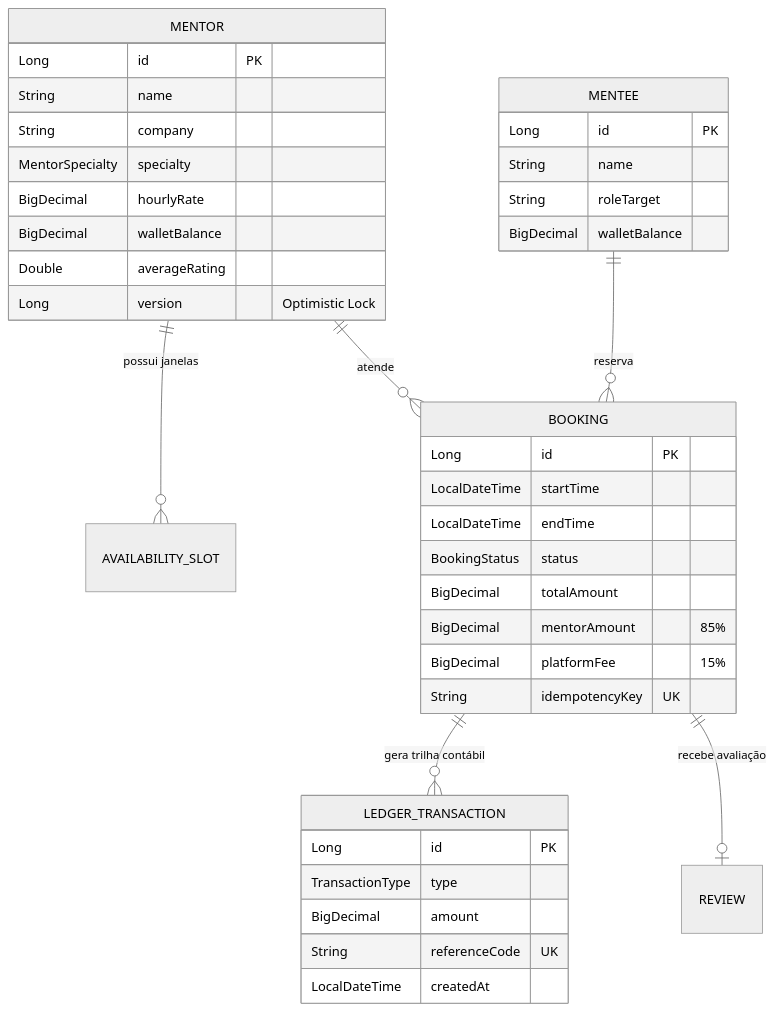
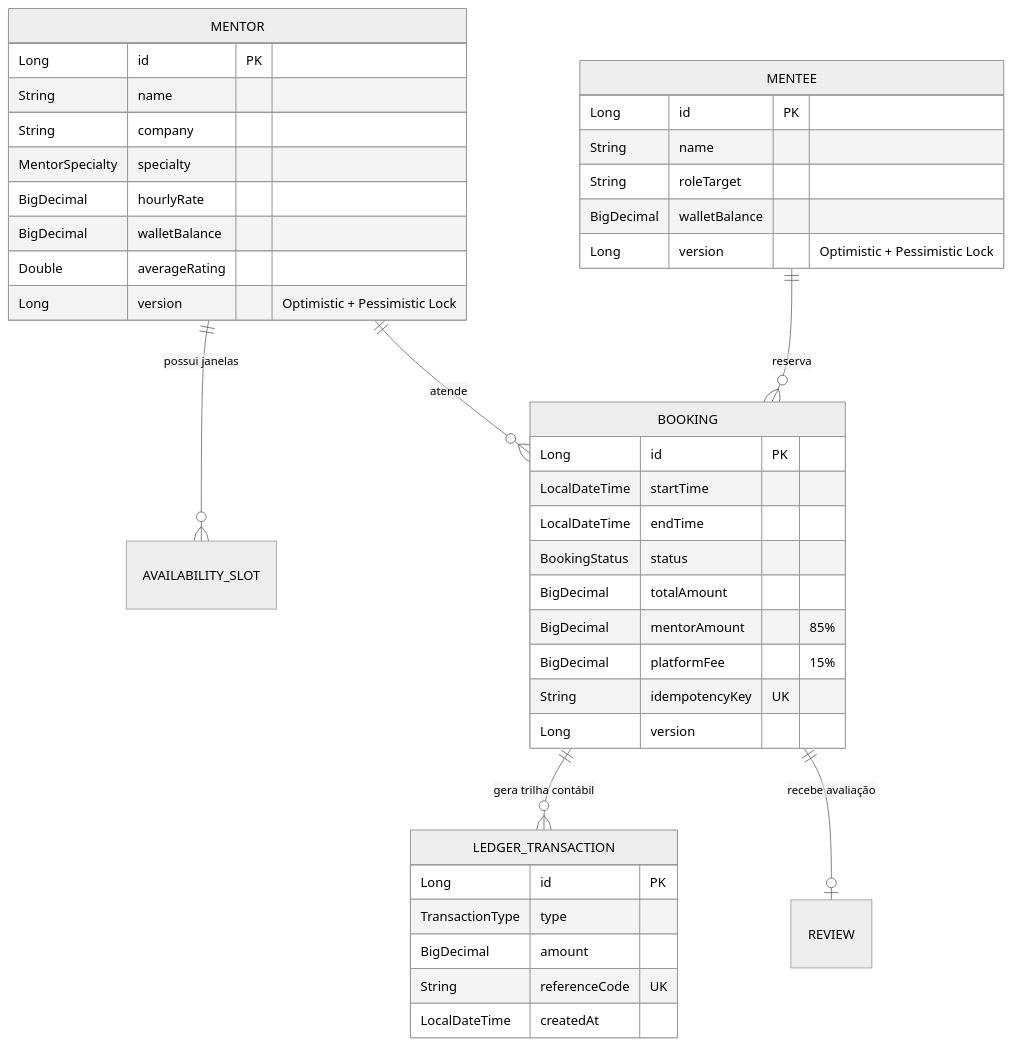
One commit to geovanneenzo8-maker/mentorflow-api changed the second of 2 diagrams in README.md. Above: the diagram before and after it, drawn with Mermaid (neutral theme). The commit also changed other lines of this file and 20 other files, not shown here.

Commit message:
fix(concurrency): add Mentee pessimistic lock, double-checked idempotency, exact fractional rate math, and multi-threaded test suite

````diff
--- a/README.md
+++ b/README.md
@@ -51,42 +71,44 @@
 ```mermaid
 erDiagram
     MENTOR ||--o{ AVAILABILITY_SLOT : "possui janelas"
     MENTOR ||--o{ BOOKING : "atende"
     MENTEE ||--o{ BOOKING : "reserva"
     BOOKING ||--o{ LEDGER_TRANSACTION : "gera trilha contábil"
     BOOKING ||--o| REVIEW : "recebe avaliação"
 
     MENTOR {
         Long id PK
         String name
         String company
         MentorSpecialty specialty
         BigDecimal hourlyRate
         BigDecimal walletBalance
         Double averageRating
-        Long version "Optimistic Lock"
+        Long version "Optimistic + Pessimistic Lock"
     }
     MENTEE {
         Long id PK
         String name
         String roleTarget
         BigDecimal walletBalance
+        Long version "Optimistic + Pessimistic Lock"
     }
     BOOKING {
         Long id PK
         LocalDateTime startTime
         LocalDateTime endTime
         BookingStatus status
         BigDecimal totalAmount
         BigDecimal mentorAmount "85%"
         BigDecimal platformFee "15%"
         String idempotencyKey UK
+        Long version
     }
     LEDGER_TRANSACTION {
         Long id PK
         TransactionType type
         BigDecimal amount
         String referenceCode UK
         LocalDateTime createdAt
     }
 ```
````
